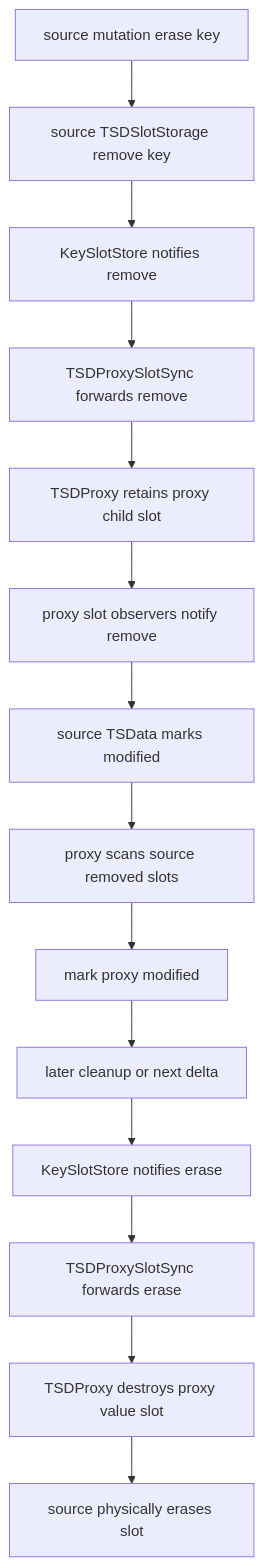
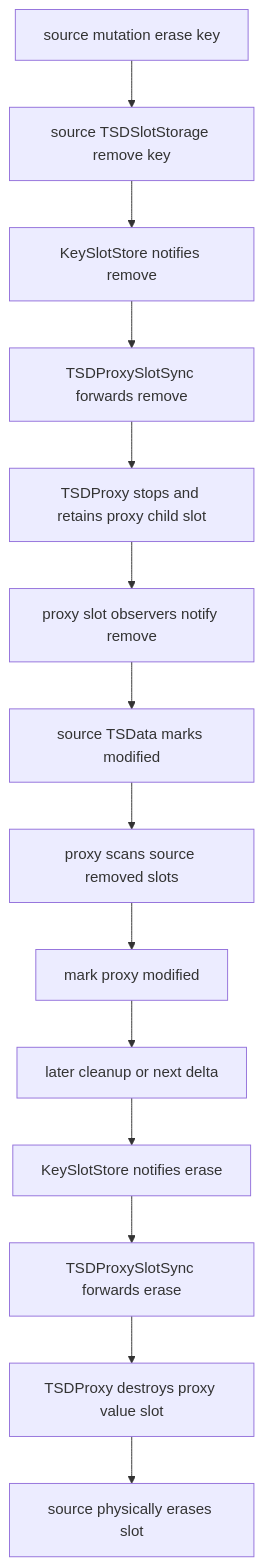
Before and after one commit to hhenson/hg_cpp: the fourth of 5 diagrams in docs/source/developer_guide/data_structures/plans_and_ops/proxy_state_management.rst, drawn with Mermaid. The commit also changed other lines of this file and 30 other files, not shown here.

First line of the commit message:
Milestone 4C is now implemented and independently reviewed with an ACCEPT verdict. It covers TSS/TSD/REF type records, keyed slot   lifecycles, proxy invalidation/resurrection, reference identity reconciliation, cache ownership, and layout guarantees.

```diff
--- a/docs/source/developer_guide/data_structures/plans_and_ops/proxy_state_management.rst
+++ b/docs/source/developer_guide/data_structures/plans_and_ops/proxy_state_management.rst
@@ -493,31 +510,31 @@
 .. mermaid::
 
    flowchart TD
       A["source mutation erase key"]
       B["source TSDSlotStorage remove key"]
       C["KeySlotStore notifies remove"]
       D["TSDProxySlotSync forwards remove"]
-      E["TSDProxy retains proxy child slot"]
+      E["TSDProxy stops and retains proxy child slot"]
       F["proxy slot observers notify remove"]
       G["source TSData marks modified"]
       H["proxy scans source removed slots"]
       I["mark proxy modified"]
       J["later cleanup or next delta"]
       K["KeySlotStore notifies erase"]
       L["TSDProxySlotSync forwards erase"]
       M["TSDProxy destroys proxy value slot"]
       N["source physically erases slot"]
 
       A --> B
       B --> C
       C --> D
       D --> E
       E --> F
       F --> G
       G --> H
       H --> I
       I --> J
       J --> K
       K --> L
       L --> M
       M --> N
```
